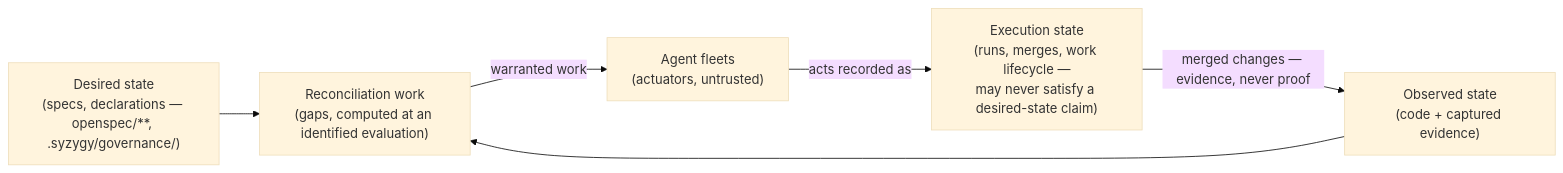
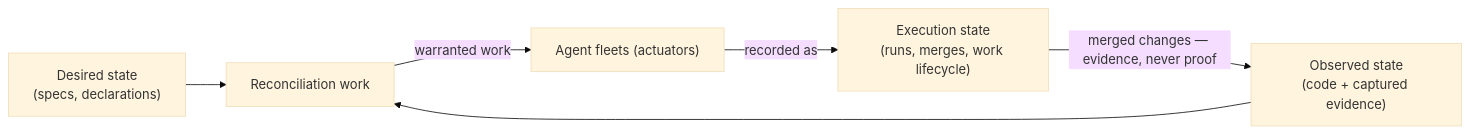
One commit to Tzeusy/syzygy changed the first of 2 diagrams in .syzygy/intent/OVERVIEW.md. Above: the diagram before and after it, drawn with Mermaid (base theme). The commit also changed other lines of this file and 170 other files, not shown here.

````diff
--- a/.syzygy/intent/OVERVIEW.md
+++ b/.syzygy/intent/OVERVIEW.md
@@ -38,13 +47,13 @@
 ```mermaid
 flowchart LR
-    Desired["Desired state<br/>(specs, declarations — openspec/**, .syzygy/governance/)"]
+    Desired["Desired state<br/>(specs, declarations)"]
     Observed["Observed state<br/>(code + captured evidence)"]
-    Exec["Execution state<br/>(runs, merges, work lifecycle —<br/>may never satisfy a desired-state claim)"]
-    Diff["Reconciliation work<br/>(gaps, computed at an identified evaluation)"]
-    Fleet["Agent fleets<br/>(actuators, untrusted)"]
+    Exec["Execution state<br/>(runs, merges, work lifecycle)"]
+    Diff["Reconciliation work"]
+    Fleet["Agent fleets (actuators)"]
     Desired --> Diff
     Observed --> Diff
-    Diff -->|"warranted work"| Fleet
-    Fleet -->|"acts recorded as"| Exec
+    Diff -->|warranted work| Fleet
+    Fleet -->|recorded as| Exec
     Exec -->|"merged changes — evidence, never proof"| Observed
 ```
````
